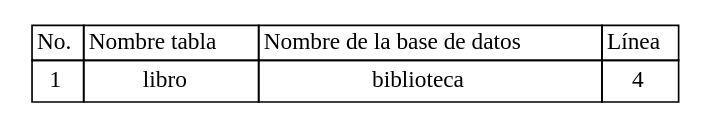
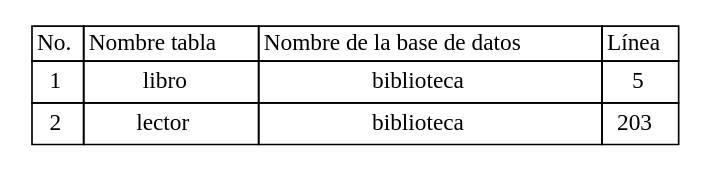
Before and after one commit to Jodyannre/COMPI2_proyecto1_2022: the diagram in Back/Web/tablas/tablas.dot, drawn with Graphviz. The commit also changed 12 other files, not shown here.

```diff
--- a/Back/Web/tablas/tablas.dot
+++ b/Back/Web/tablas/tablas.dot
@@ -1,27 +1,39 @@
 
 	digraph {
 		tablaSimbolos [
 		  shape=plaintext
 		  label=<
 			<table border='0' cellborder='1' color='black' cellspacing='0'>
 			  <tr>
 				  <td>No.</td>
 				  <td>Nombre tabla</td>
 				  <td>Nombre de la base de datos</td>
 				  <td>Línea</td>
 			  </tr>
 <tr>
 <td cellpadding='4'>
 1
 </td>
 <td cellpadding='4'>libro
 </td>
 <td cellpadding='4'>biblioteca
 </td>
-<td cellpadding='4'>4
+<td cellpadding='4'>5
+</td>
+</tr>
+
+<tr>
+<td cellpadding='4'>
+2
+</td>
+<td cellpadding='4'>lector
+</td>
+<td cellpadding='4'>biblioteca
+</td>
+<td cellpadding='4'>203
 </td>
 </tr>
 
 		</table>
 		>];
 	}
```
